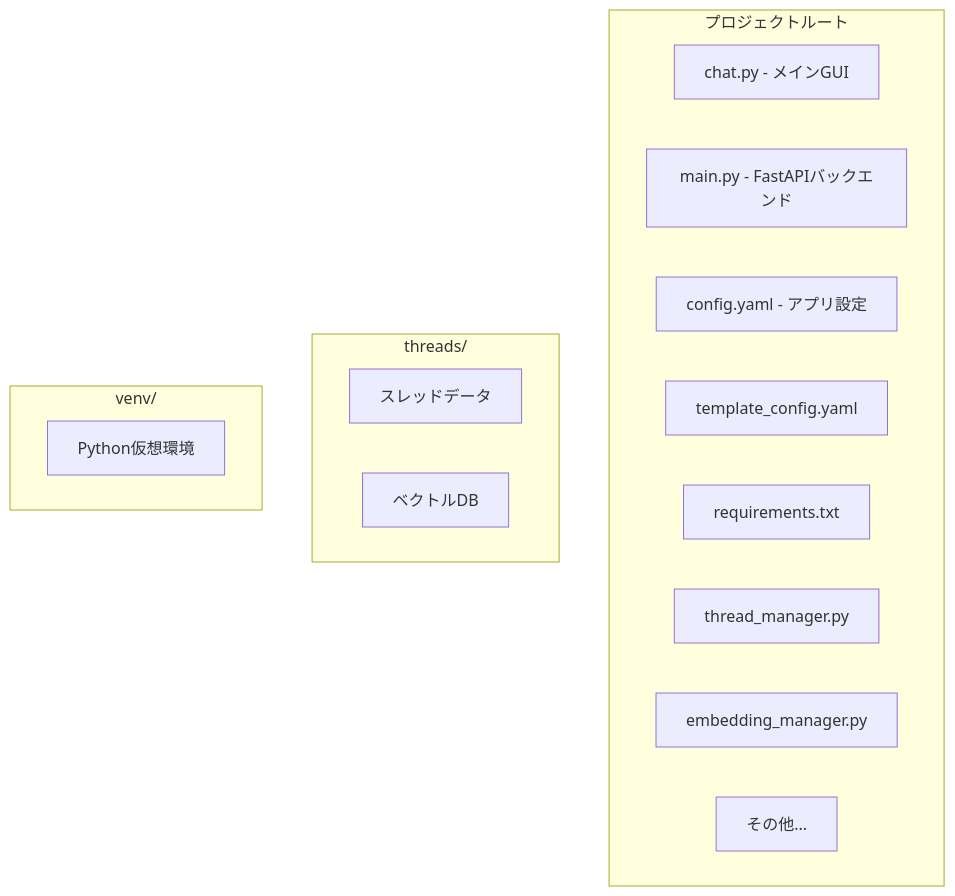
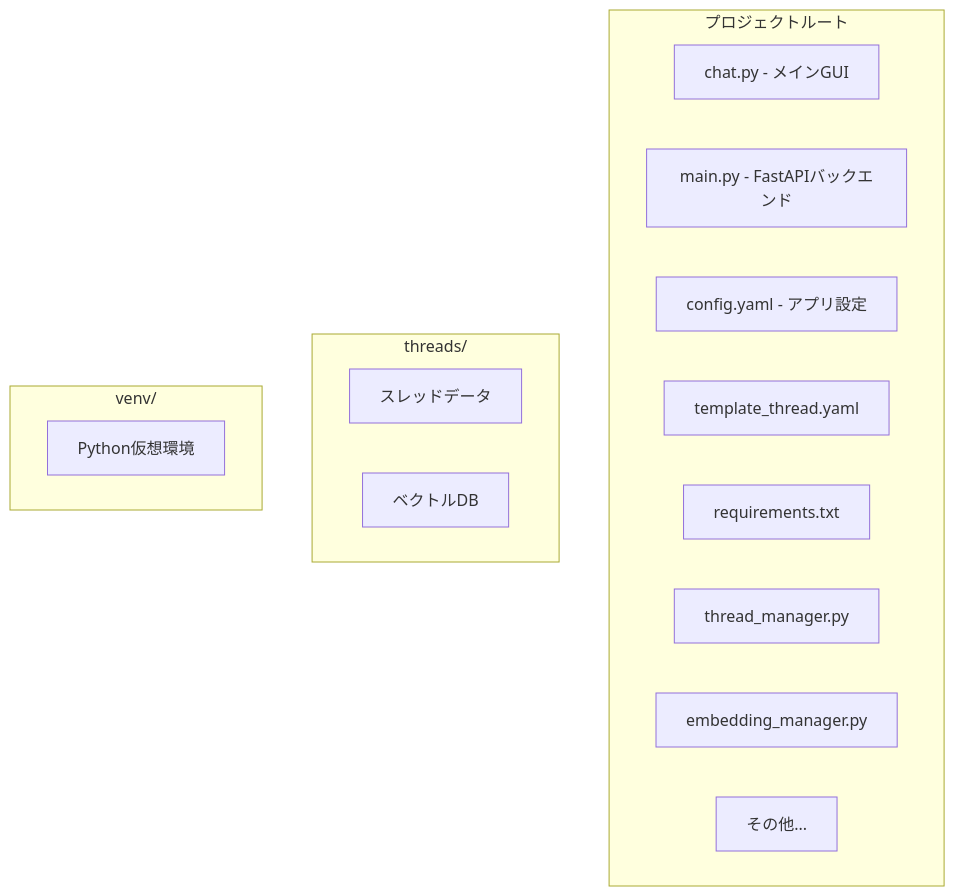
One commit to ryo356works/local-ai-chat changed the first of 2 diagrams in README.md. Above: the diagram before and after it, drawn with Mermaid. The commit also changed other lines of this file and 5 other files, not shown here.

Commit message:
feat: ファイルドロップ対応、VLM自動判定、LLM設定GUI、スレッド設定ファイル名変更(config.yaml→thread.yaml)

````diff
--- a/README.md
+++ b/README.md
@@ -401,22 +401,22 @@
 ```mermaid
 graph TD
     subgraph "プロジェクトルート"
         A[chat.py - メインGUI]
         B[main.py - FastAPIバックエンド]
         C[config.yaml - アプリ設定]
-        D[template_config.yaml]
+        D[template_thread.yaml]
         E[requirements.txt]
         F[thread_manager.py]
         G[embedding_manager.py]
         H[その他...]
     end
     
     subgraph "threads/"
         L[スレッドデータ]
         M[ベクトルDB]
     end
     
     subgraph "venv/"
         N[Python仮想環境]
     end
 ```
````
